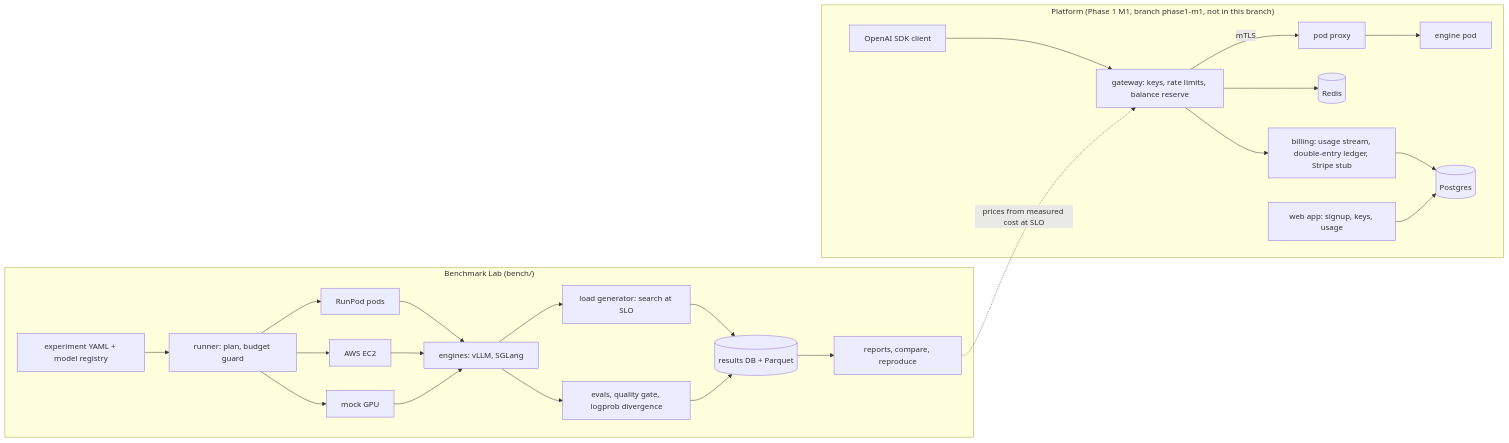
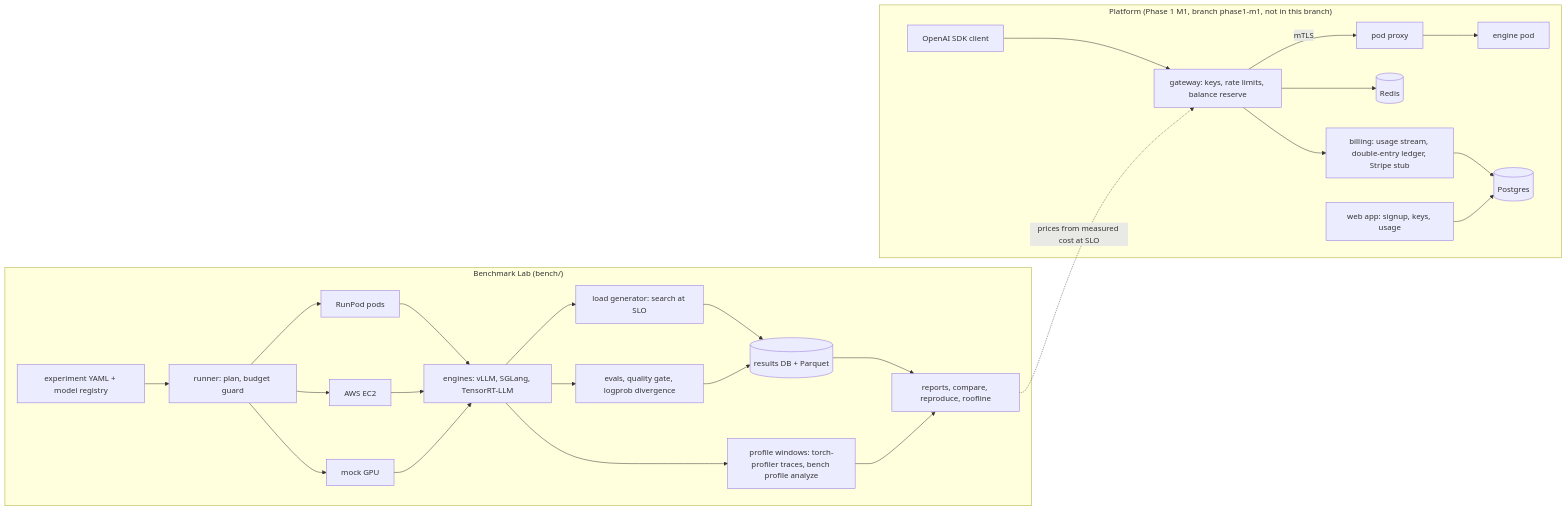
One commit to arulster17/loom changed the diagram in README.md. Above: the diagram before and after it, drawn with Mermaid. The commit also changed other lines of this file and 1 other file, not shown here.

First line of the commit message:
README: perf-track results (TensorRT-LLM, spec decoding, profiling)

````diff
--- a/README.md
+++ b/README.md
@@ -97,27 +175,29 @@
 ```mermaid
 flowchart LR
   subgraph Lab["Benchmark Lab (bench/)"]
     Y["experiment YAML + model registry"] --> R["runner: plan, budget guard"]
     R --> RP["RunPod pods"]
     R --> AW["AWS EC2"]
     R --> MK["mock GPU"]
-    RP --> EN["engines: vLLM, SGLang"]
+    RP --> EN["engines: vLLM, SGLang, TensorRT-LLM"]
     AW --> EN
     MK --> EN
     EN --> LG["load generator: search at SLO"]
     EN --> EV["evals, quality gate, logprob divergence"]
     LG --> DB[("results DB + Parquet")]
     EV --> DB
-    DB --> RE["reports, compare, reproduce"]
+    EN --> PF["profile windows: torch-profiler traces, bench profile analyze"]
+    DB --> RE["reports, compare, reproduce, roofline"]
+    PF --> RE
   end
   subgraph Platform["Platform (Phase 1 M1, branch phase1-m1, not in this branch)"]
     CL["OpenAI SDK client"] --> GW["gateway: keys, rate limits, balance reserve"]
     GW -->|mTLS| PP["pod proxy"]
     PP --> PD["engine pod"]
     GW --> RD[("Redis")]
     GW --> BL["billing: usage stream, double-entry ledger, Stripe stub"]
     BL --> PG[("Postgres")]
     WB["web app: signup, keys, usage"] --> PG
   end
   RE -.->|prices from measured cost at SLO| GW
 ```
````
